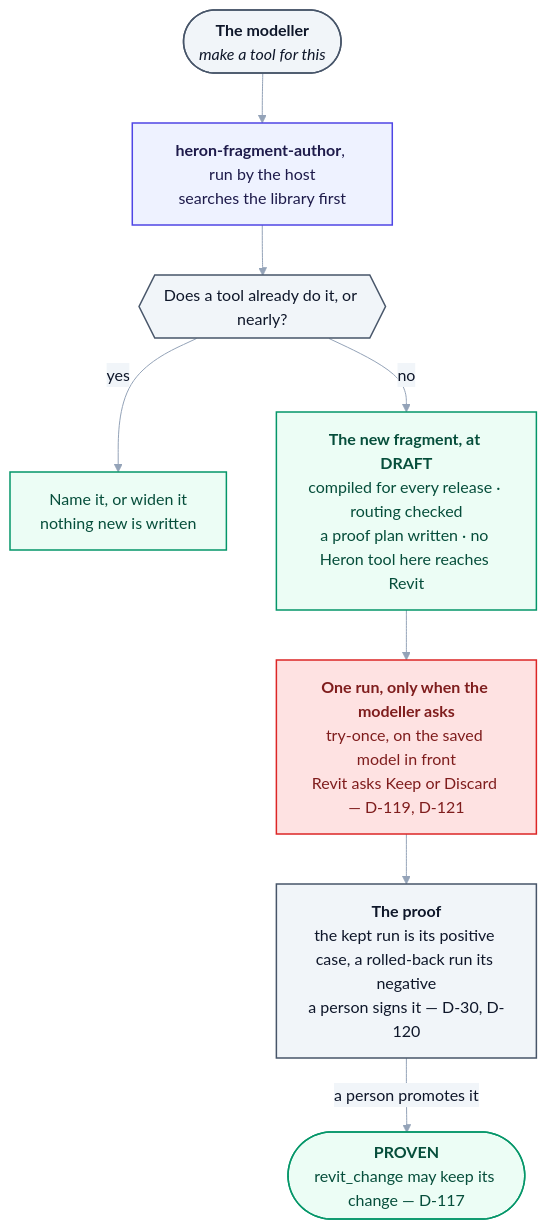
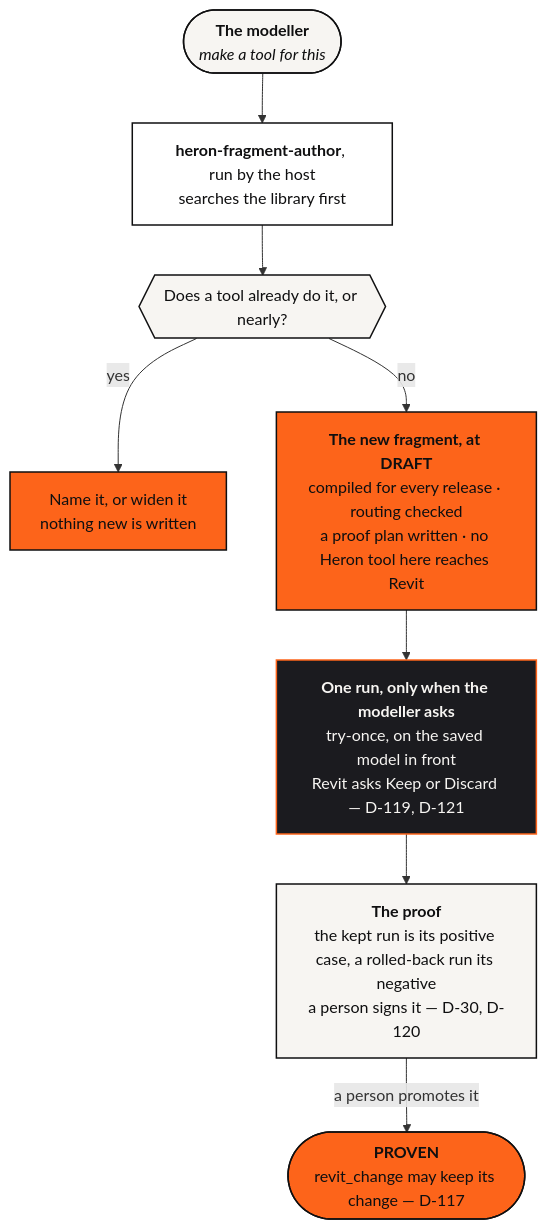
One commit to Ajmalpshaik/Heron-AI changed the first of 2 diagrams in docs/11-orchestration-and-workflows.md. Above: the diagram before and after it, drawn with Mermaid. The commit also changed other lines of this file and 44 other files, not shown here.

First line of the commit message:
Diagrams in the other docs move to the brand palette (D-149, #1116)

````diff
--- a/docs/11-orchestration-and-workflows.md
+++ b/docs/11-orchestration-and-workflows.md
@@ -90,25 +90,24 @@
 ```mermaid
-%%{init: {"themeVariables": {"edgeLabelBackground":"#F1F5F9","lineColor":"#94A3B8","textColor":"#0F172A","tertiaryTextColor":"#0F172A"}}}%%
 flowchart TD
     ASK(["<b>The modeller</b><br/><i>make a tool for this</i>"])
     SUB["<b>heron-fragment-author</b>, run by the host<br/>searches the library first"]
     Q{{"Does a tool already do it, or nearly?"}}
     REUSE["Name it, or widen it<br/>nothing new is written"]
     DRAFT["<b>The new fragment, at DRAFT</b><br/>compiled for every release · routing checked<br/>a proof plan written · no Heron tool here reaches Revit"]
     ONCE["<b>One run, only when the modeller asks</b><br/>try-once, on the saved model in front<br/>Revit asks Keep or Discard — D-119, D-121"]
     PROOF["<b>The proof</b><br/>the kept run is its positive case, a rolled-back run its negative<br/>a person signs it — D-30, D-120"]
     PROVEN(["<b>PROVEN</b><br/>revit_change may keep its change — D-117"])
 
     ASK --> SUB --> Q
     Q -->|"yes"| REUSE
     Q -->|"no"| DRAFT --> ONCE --> PROOF -->|"a person promotes it"| PROVEN
 
-    classDef user fill:#F1F5F9,stroke:#475569,stroke-width:1.5px,color:#0F172A
-    classDef host fill:#EEF2FF,stroke:#4F46E5,stroke-width:1.5px,color:#1E1B4B
-    classDef brain fill:#ECFDF5,stroke:#059669,stroke-width:1.5px,color:#064E3B
-    classDef revit fill:#FEE2E2,stroke:#DC2626,stroke-width:1.5px,color:#7F1D1D
+    classDef user fill:#F7F5F2,stroke:#0F0F10,stroke-width:1.5px,color:#0F0F10
+    classDef host fill:#FFFFFF,stroke:#0F0F10,stroke-width:1.5px,color:#0F0F10
+    classDef brain fill:#FD641A,stroke:#0F0F10,stroke-width:1.5px,color:#0F0F10
+    classDef revit fill:#1B1B1F,stroke:#FD641A,stroke-width:1.5px,color:#F7F5F2
     class ASK,Q,PROOF user
     class SUB host
     class REUSE,DRAFT,PROVEN brain
     class ONCE revit
 ```
````
